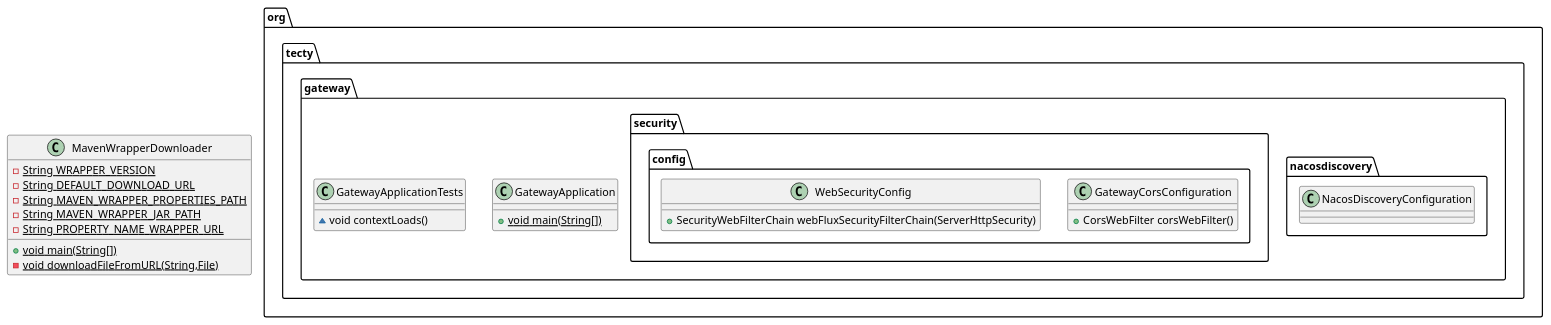
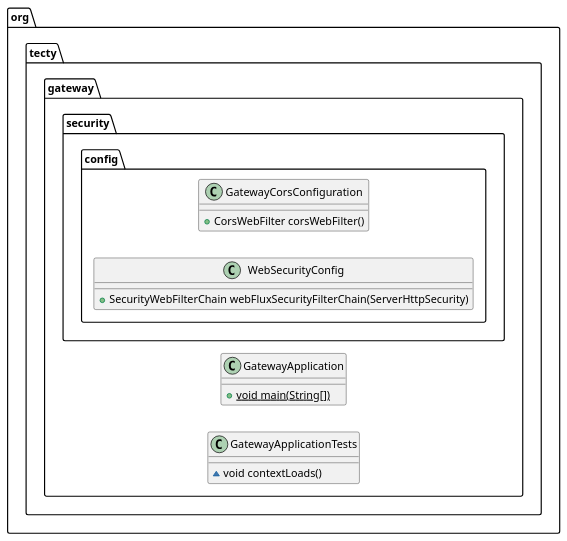
Before and after one commit to faAnswer/EShop-Builder-SpringCloud-Microservice: the diagram in gateway.puml, drawn with PlantUML. The commit also changed 6 other files, not shown here.

```diff
--- a/gateway.puml
+++ b/gateway.puml
@@ -1,25 +1,16 @@
 @startuml
-class org.tecty.gateway.nacosdiscovery.NacosDiscoveryConfiguration {
-}
+left to right direction
+
 class org.tecty.gateway.GatewayApplication {
 + {static} void main(String[])
 }
 class org.tecty.gateway.security.config.GatewayCorsConfiguration {
 + CorsWebFilter corsWebFilter()
 }
 class org.tecty.gateway.GatewayApplicationTests {
 ~ void contextLoads()
 }
-class MavenWrapperDownloader {
-- {static} String WRAPPER_VERSION
-- {static} String DEFAULT_DOWNLOAD_URL
-- {static} String MAVEN_WRAPPER_PROPERTIES_PATH
-- {static} String MAVEN_WRAPPER_JAR_PATH
-- {static} String PROPERTY_NAME_WRAPPER_URL
-+ {static} void main(String[])
-- {static} void downloadFileFromURL(String,File)
-}
 class org.tecty.gateway.security.config.WebSecurityConfig {
 + SecurityWebFilterChain webFluxSecurityFilterChain(ServerHttpSecurity)
 }
 @enduml
```
